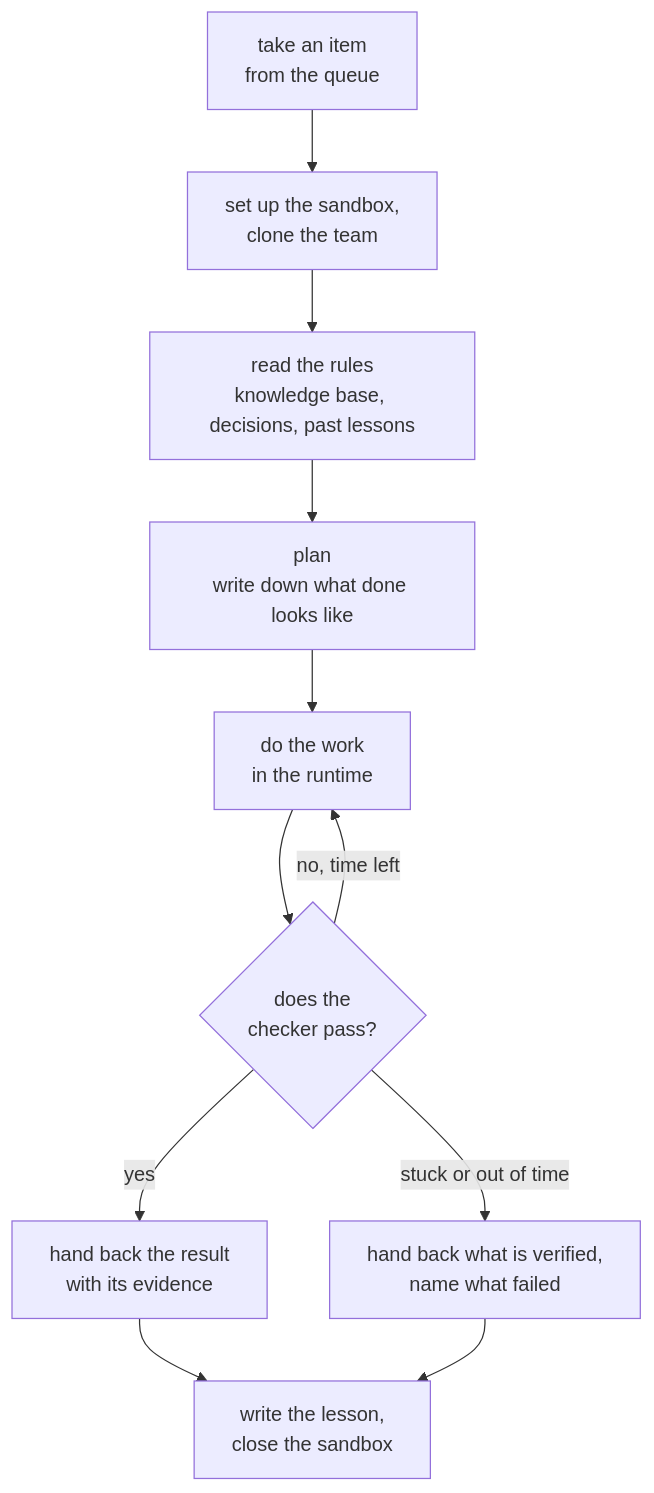
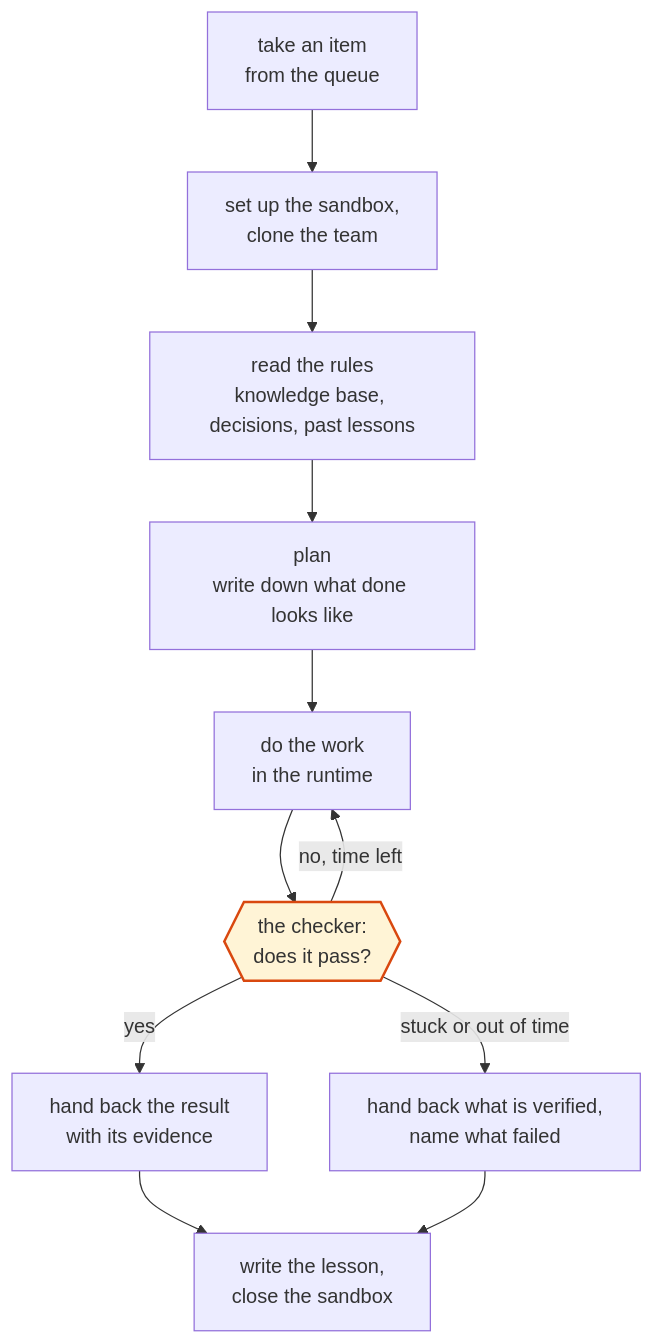
Before and after one commit to locchh/blogs: the third of 3 diagrams in src/content/blog/morden_ai_agent_system.md, drawn with Mermaid. The commit also changed other lines of this file, not shown here.

First line of the commit message:
docs(blog): make the checker the seventh building block

````diff
--- a/src/content/blog/morden_ai_agent_system.md
+++ b/src/content/blog/morden_ai_agent_system.md
@@ -91,13 +102,15 @@
 ```mermaid
 flowchart TB
   A["take an item<br/>from the queue"] --> B["set up the sandbox,<br/>clone the team"]
   B --> C["read the rules<br/>knowledge base, decisions, past lessons"]
   C --> D["plan<br/>write down what done looks like"]
   D --> E["do the work<br/>in the runtime"]
-  E --> F{"does the<br/>checker pass?"}
+  E --> F{{"the checker:<br/>does it pass?"}}
   F -->|"no, time left"| E
   F -->|"yes"| G["hand back the result<br/>with its evidence"]
   F -->|"stuck or out of time"| H["hand back what is verified,<br/>name what failed"]
   G --> I["write the lesson,<br/>close the sandbox"]
   H --> I
+  class F check
+  classDef check fill:#fff4d6,stroke:#d9480f,stroke-width:2px
 ```
````
